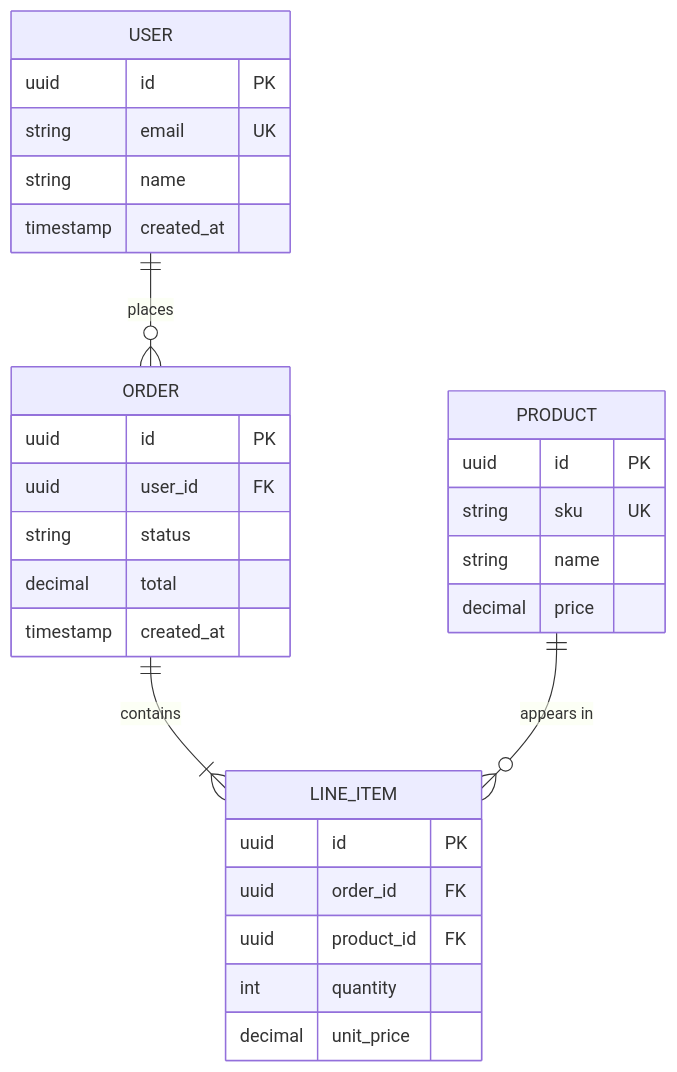
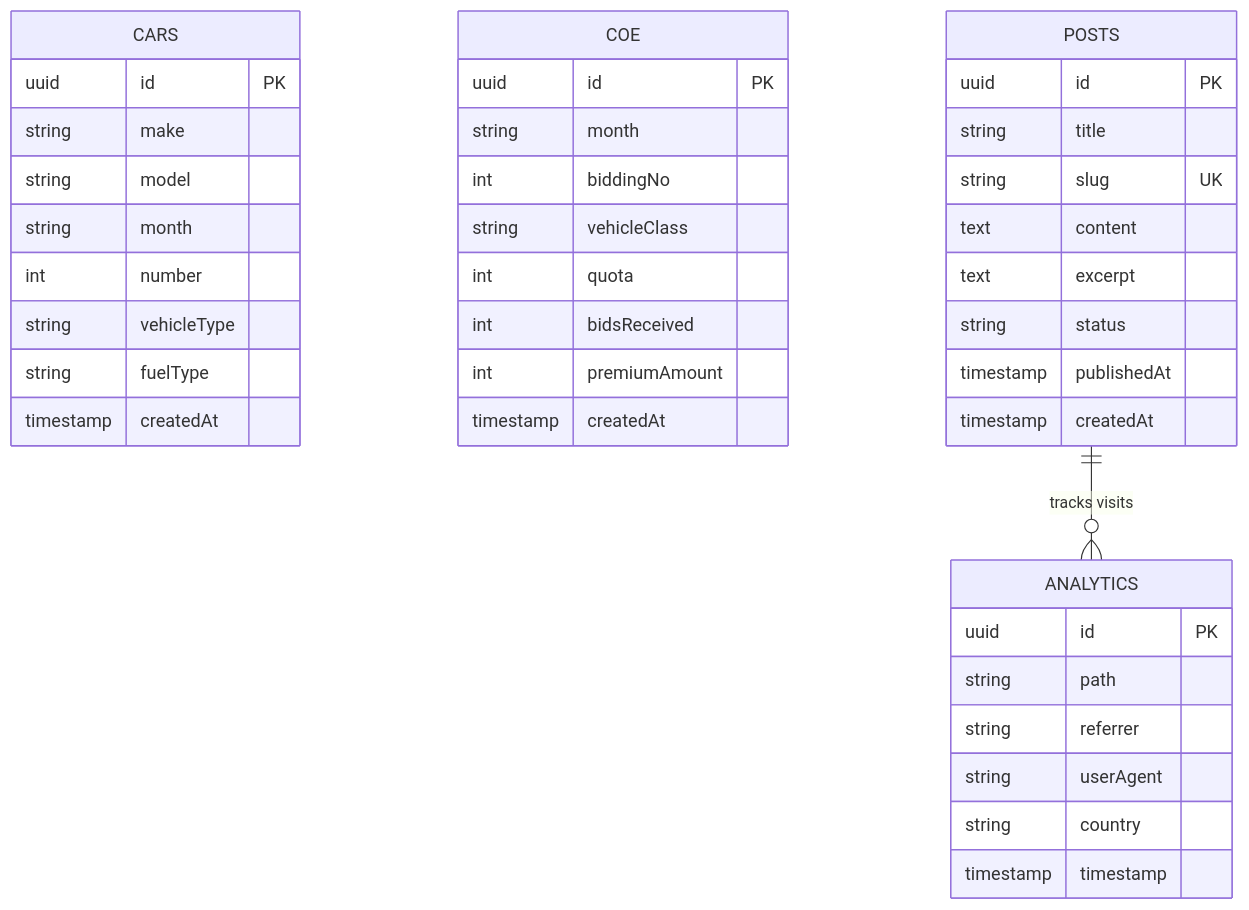
One commit to runkids/claude-skill-registry changed the third of 17 diagrams in skills/data/mermaid-diagrams/SKILL.md. Above: the diagram before and after it, drawn with Mermaid. The commit also changed other lines of this file and 17904 other files, not shown here.

````diff
--- a/skills/data/mermaid-diagrams/SKILL.md
+++ b/skills/data/mermaid-diagrams/SKILL.md
@@ -317,36 +147,46 @@
 ```mermaid
 erDiagram
-    USER ||--o{ ORDER : places
-    ORDER ||--|{ LINE_ITEM : contains
-    PRODUCT ||--o{ LINE_ITEM : "appears in"
-
-    USER {
+    CARS {
         uuid id PK
-        string email UK
-        string name
-        timestamp created_at
+        string make
+        string model
+        string month
+        int number
+        string vehicleType
+        string fuelType
+        timestamp createdAt
     }
 
-    ORDER {
+    COE {
         uuid id PK
-        uuid user_id FK
-        string status
-        decimal total
-        timestamp created_at
+        string month
+        int biddingNo
+        string vehicleClass
+        int quota
+        int bidsReceived
+        int premiumAmount
+        timestamp createdAt
     }
 
-    LINE_ITEM {
+    POSTS {
         uuid id PK
-        uuid order_id FK
-        uuid product_id FK
-        int quantity
-        decimal unit_price
+        string title
+        string slug UK
+        text content
+        text excerpt
+        string status
+        timestamp publishedAt
+        timestamp createdAt
     }
 
-    PRODUCT {
+    ANALYTICS {
         uuid id PK
-        string sku UK
-        string name
-        decimal price
+        string path
+        string referrer
+        string userAgent
+        string country
+        timestamp timestamp
     }
+
+    POSTS ||--o{ ANALYTICS : "tracks visits"
 ```
````
